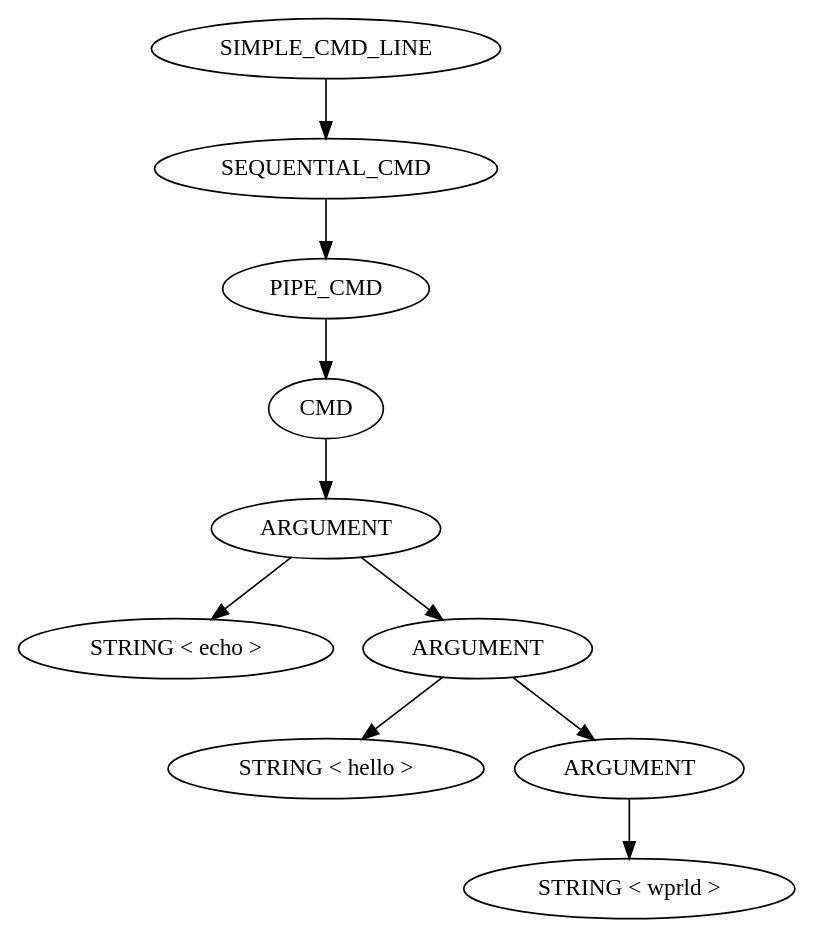
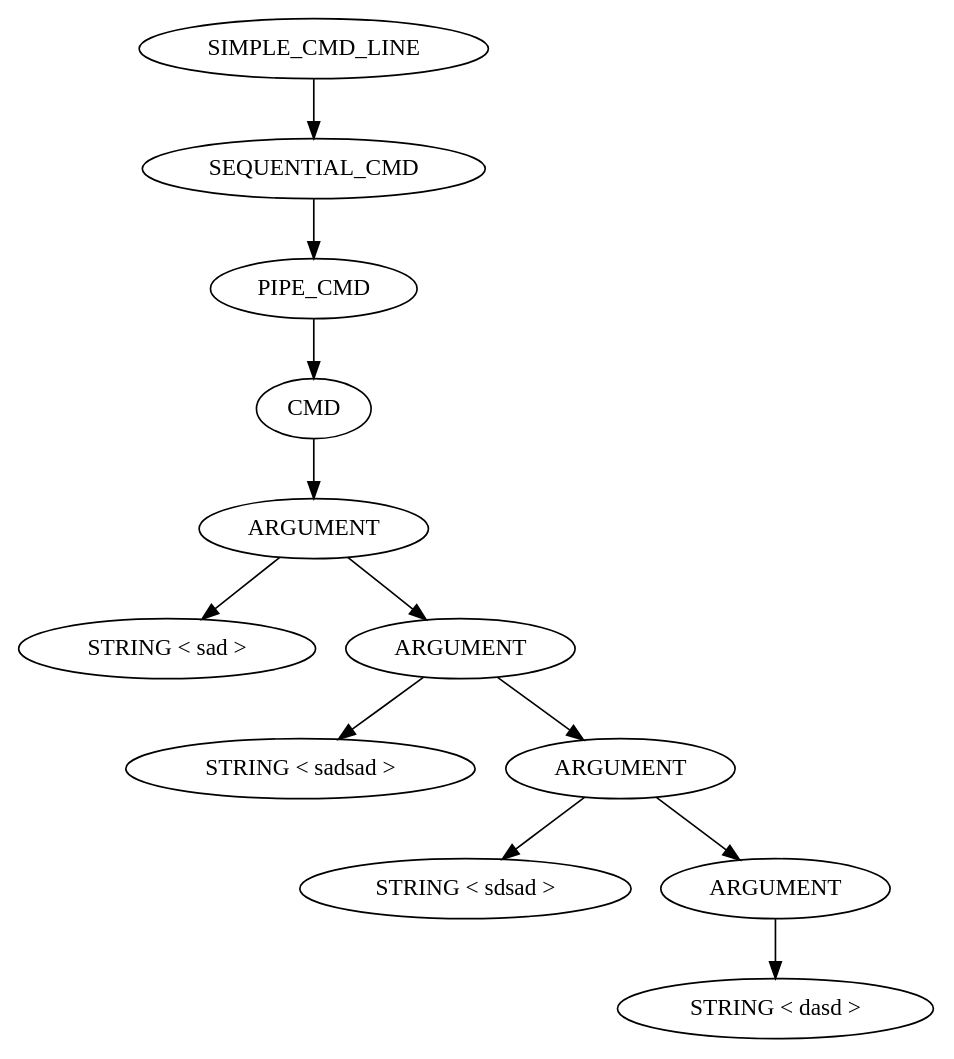
One commit to Glimbyte/exoshell changed the diagram in parser.dot. Above: the diagram before and after it, drawn with Graphviz. The commit also changed 12 other files, not shown here.

```diff
--- a/parser.dot
+++ b/parser.dot
@@ -1,21 +1,25 @@
 digraph PARSER {
-	NODE_0x5646475cac10 [label="SIMPLE_CMD_LINE\n"];
-	NODE_0x5646475cac10 -> NODE_0x5646475cabe0
-	NODE_0x5646475cabe0 [label="SEQUENTIAL_CMD\n"];
-	NODE_0x5646475cabe0 -> NODE_0x5646475adad0
-	NODE_0x5646475adad0 [label="PIPE_CMD\n"];
-	NODE_0x5646475adad0 -> NODE_0x5646475adaa0
-	NODE_0x5646475adaa0 [label="CMD\n"];
-	NODE_0x5646475adaa0 -> NODE_0x5646475ada70
-	NODE_0x5646475ada70 [label="ARGUMENT\n"];
-	NODE_0x5646475ada70 -> NODE_0x5646475ad980
-	NODE_0x5646475ada70 -> NODE_0x5646475ada40
-	NODE_0x5646475ad980 [label="STRING < echo >\n"];
-	NODE_0x5646475ada40 [label="ARGUMENT\n"];
-	NODE_0x5646475ada40 -> NODE_0x5646475ad9b0
-	NODE_0x5646475ada40 -> NODE_0x5646475ada10
-	NODE_0x5646475ad9b0 [label="STRING < hello >\n"];
-	NODE_0x5646475ada10 [label="ARGUMENT\n"];
-	NODE_0x5646475ada10 -> NODE_0x5646475ad9e0
-	NODE_0x5646475ad9e0 [label="STRING < wprld >\n"];
+	NODE_0x55dd983802a0 [label="SIMPLE_CMD_LINE\n"];
+	NODE_0x55dd983802a0 -> NODE_0x55dd98380270
+	NODE_0x55dd98380270 [label="SEQUENTIAL_CMD\n"];
+	NODE_0x55dd98380270 -> NODE_0x55dd98380240
+	NODE_0x55dd98380240 [label="PIPE_CMD\n"];
+	NODE_0x55dd98380240 -> NODE_0x55dd98380210
+	NODE_0x55dd98380210 [label="CMD\n"];
+	NODE_0x55dd98380210 -> NODE_0x55dd983801e0
+	NODE_0x55dd983801e0 [label="ARGUMENT\n"];
+	NODE_0x55dd983801e0 -> NODE_0x55dd98380090
+	NODE_0x55dd983801e0 -> NODE_0x55dd983801b0
+	NODE_0x55dd98380090 [label="STRING < sad >\n"];
+	NODE_0x55dd983801b0 [label="ARGUMENT\n"];
+	NODE_0x55dd983801b0 -> NODE_0x55dd983800c0
+	NODE_0x55dd983801b0 -> NODE_0x55dd98380180
+	NODE_0x55dd983800c0 [label="STRING < sadsad >\n"];
+	NODE_0x55dd98380180 [label="ARGUMENT\n"];
+	NODE_0x55dd98380180 -> NODE_0x55dd983800f0
+	NODE_0x55dd98380180 -> NODE_0x55dd98380150
+	NODE_0x55dd983800f0 [label="STRING < sdsad >\n"];
+	NODE_0x55dd98380150 [label="ARGUMENT\n"];
+	NODE_0x55dd98380150 -> NODE_0x55dd98380120
+	NODE_0x55dd98380120 [label="STRING < dasd >\n"];
 }
```
